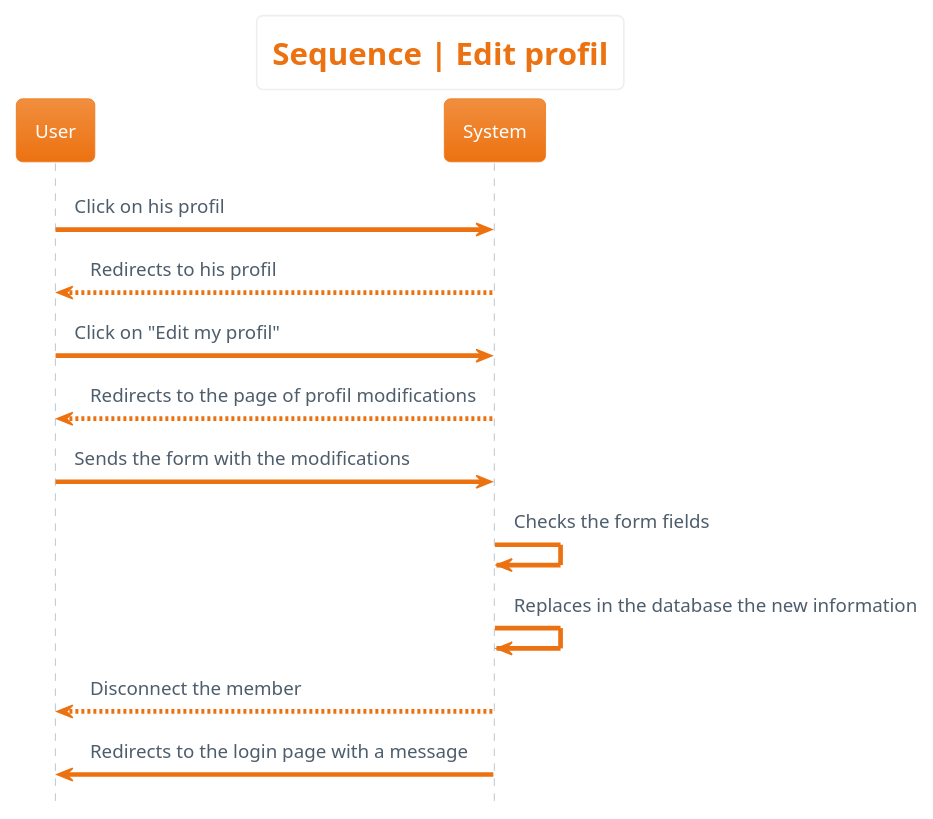
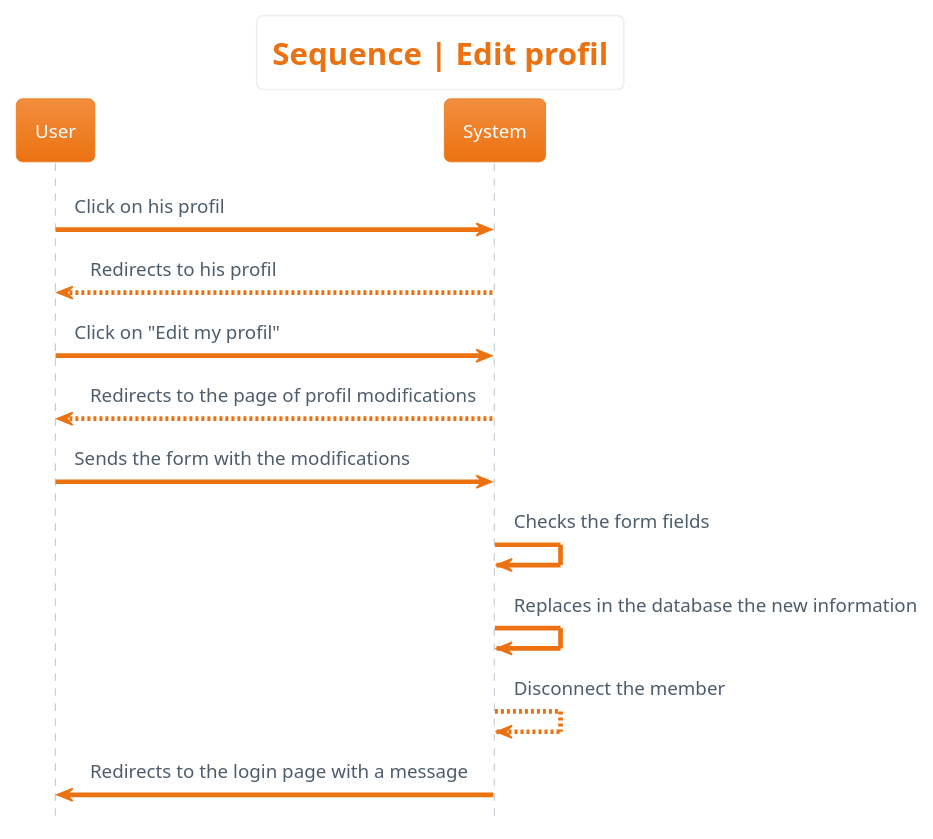
The diagram in 1_project_design/uml_diagrams/sequence/members/edit_profil/edit_profil.plantuml (sebastien-d-me/SebBlog), drawn with PlantUML before and after one commit. The commit also changed 9 other files, not shown here.

First line of the commit message:
🐛 Fix UML

```diff
--- a/1_project_design/uml_diagrams/sequence/members/edit_profil/edit_profil.plantuml
+++ b/1_project_design/uml_diagrams/sequence/members/edit_profil/edit_profil.plantuml
@@ -1,20 +1,20 @@
 @startuml sequence__edit_profil
 hide footbox
 skinparam actorStyle awesome
 !theme aws-orange
 skinparam backgroundcolor White
 
 'Titre'
 title Sequence | Edit profil
 
 'Déroulement'
 User -> System : Click on his profil
 System --> User : Redirects to his profil
 User -> System : Click on "Edit my profil"
 System --> User : Redirects to the page of profil modifications
 User -> System : Sends the form with the modifications
 System -> System : Checks the form fields
 System -> System : Replaces in the database the new information
-System --> User: Disconnect the member
+System --> System : Disconnect the member
 System -> User: Redirects to the login page with a message
 @enduml
```
